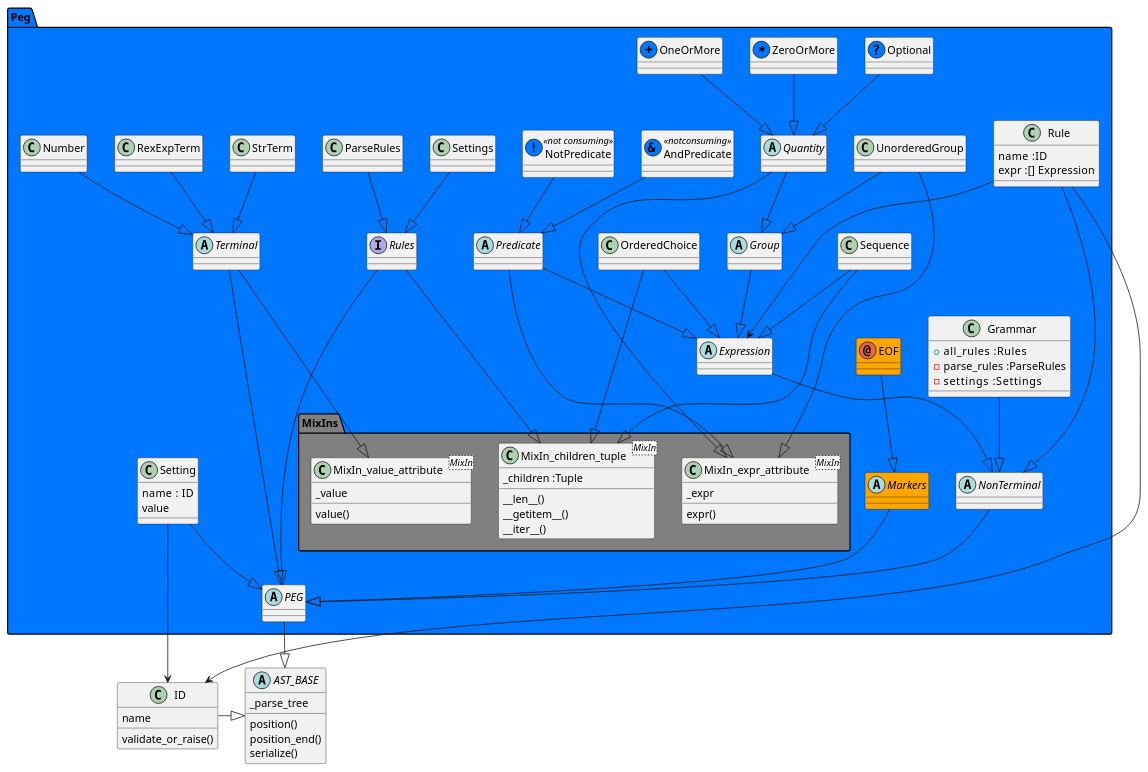
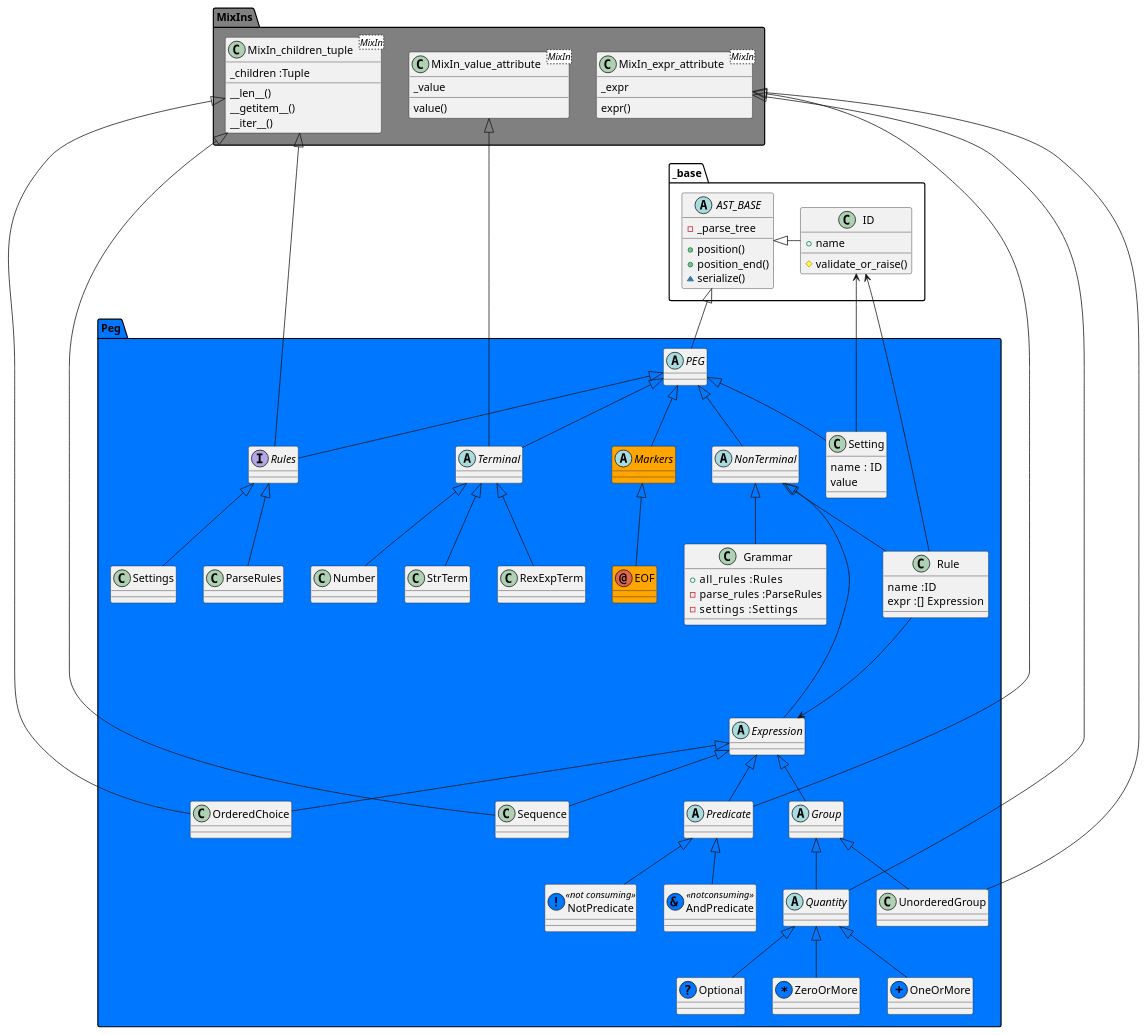
Before and after one commit to AlbertMietus/CCastle2.hg: the diagram in Design/Peg.puml, drawn with PlantUML.

Commit message:
Design/Peg.puml now forced downward, by using =up=|> :: Ugly but it works. Also added _base package

```diff
--- a/Design/Peg.puml
+++ b/Design/Peg.puml
@@ -1,126 +1,124 @@
 @startuml
 
+package _base {
+
 abstract AST_BASE {
-  _parse_tree
-  position()
-  position_end()
-  serialize()
+  -_parse_tree
+  +position()
+  +position_end()
+  ~serialize()
 }
 
 class ID {
-  name
-  validate_or_raise()
+  +name
+  #validate_or_raise()
 }
 
 ID  =|> AST_BASE
-
-package Peg #0077ff {
-
-abstract PEG
-PEG ==|>   AST_BASE
+}
 
 package MixIns  #Gray {
 
   class MixIn_value_attribute<MixIn> {
   _value
   value()
   }
 
   class MixIn_expr_attribute<MixIn> {
   _expr
   expr()
   }
 
   class MixIn_children_tuple<MixIn> {
    _children :Tuple
   __len__()
   __getitem__()
   __iter__()
   }
 }
 
+package Peg #0077ff {
+
+abstract PEG
+PEG =up=|>   AST_BASE
+
+
 
 abstract Terminal
-Terminal   ==|> PEG
-Terminal  ---|> MixIn_value_attribute
-StrTerm    ==|> Terminal
-RexExpTerm ==|> Terminal
-Number     ==|> Terminal
+Terminal   =up=|> PEG
+Terminal  --up--|> MixIn_value_attribute
+StrTerm    =up=|> Terminal
+RexExpTerm =up=|> Terminal
+Number     =up=|> Terminal
 
 abstract Markers #ORANGE
-Markers    ==|> PEG
+Markers    =up=|> PEG
 annotation EOF #ORANGE
-EOF 	   ==|> Markers
+EOF 	   =up=|> Markers
 
 abstract NonTerminal
-NonTerminal ==|> PEG
+NonTerminal =up=|> PEG
 abstract Expression
-Expression  ==|> NonTerminal
+Expression  =up=|> NonTerminal
 
 class Setting  {
  name  : ID
  value
 }
-Setting ==|> PEG
-Setting ---> ID
+Setting =up=|> PEG
+Setting -up-> ID
 
 class Rule {
   name  :ID
   expr  :[] Expression
 }
-Rule ==|> NonTerminal
-Rule ---> ID
+Rule =up=|> NonTerminal
+Rule -up-> ID
 Rule ---> Expression
 
 interface Rules
-Rules     ==|> PEG
-Rules    ---|> MixIn_children_tuple
+Rules     =up=|> PEG
+Rules    --up--|> MixIn_children_tuple
 
-ParseRules ==|> Rules
-Settings   ==|> Rules
+ParseRules =up=|> Rules
+Settings   =up=|> Rules
 
 
 class Grammar {
   +all_rules    :Rules
   -parse_rules  :ParseRules
   -settings     :Settings
 }
-Grammar ==|> NonTerminal
+Grammar =up=|> NonTerminal
 
 
 abstract Group
-Group            ==|> Expression
-UnorderedGroup   ==|> Group
-UnorderedGroup  ---|> MixIn_expr_attribute
+Group            =up=|> Expression
+UnorderedGroup   =up=|> Group
+UnorderedGroup  --up--|> MixIn_expr_attribute
 abstract Quantity
-Quantity         ==|> Group
-Quantity        ---|> MixIn_expr_attribute
+Quantity         =up=|> Group
+Quantity        --up--|> MixIn_expr_attribute
+Sequence         =up=|> Expression
+Sequence        --up--|> MixIn_children_tuple
 
-Sequence         ==|> Expression
-Sequence        ---|> MixIn_children_tuple
+OrderedChoice    =up=|> Expression
+OrderedChoice   --up--|> MixIn_children_tuple
 
-OrderedChoice    ==|> Expression
-OrderedChoice   ---|> MixIn_children_tuple
-
-'========================
 class Optional   << (?, #0077ff) >>
-Optional	 ==|> Quantity
+Optional	 =up=|> Quantity
 class ZeroOrMore << (*, #0077ff) >>
-ZeroOrMore	 ==|> Quantity
+ZeroOrMore	 =up=|> Quantity
 class OneOrMore  << (+, #0077ff) >>
-OneOrMore	 ==|> Quantity
+OneOrMore	 =up=|> Quantity
 
 abstract Predicate
-Predicate	 ==|> Expression
-Predicate       ---|> MixIn_expr_attribute
+Predicate	 =up=|> Expression
+Predicate       --up--|> MixIn_expr_attribute
 class AndPredicate << (&, #0077ff) notconsuming >>
-AndPredicate     ==|> Predicate
+AndPredicate     =up=|> Predicate
 class NotPredicate << (! ,#0077ff) not consuming >>
-NotPredicate     ==|> Predicate
-
-
-
-
+NotPredicate     =up=|> Predicate
 
 }
 @enduml
```
